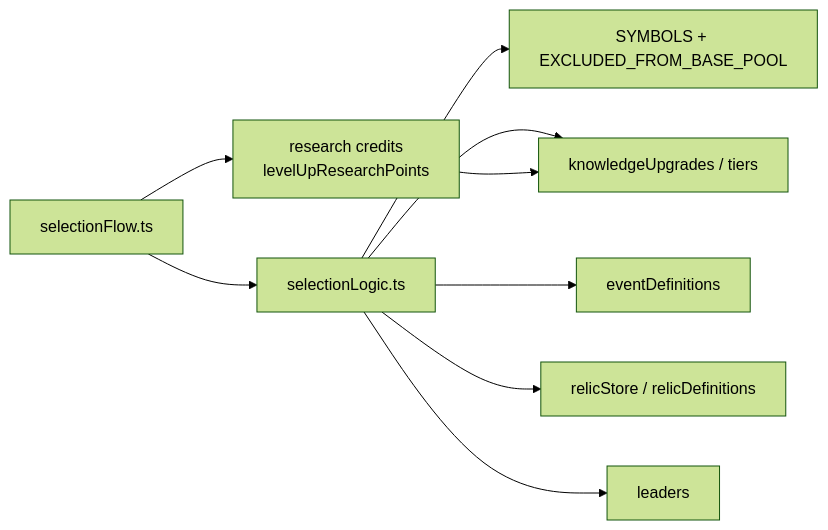
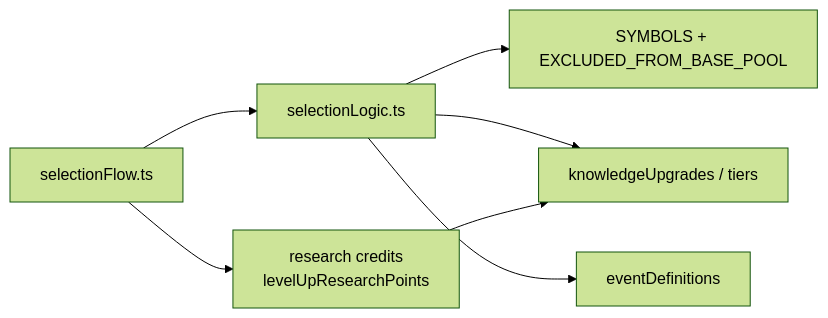
Before and after one commit to evian-christ/humankind: the sixth of 8 diagrams in CODEBASE_DIAGRAM.md, drawn with Mermaid (forest theme). The commit also changed other lines of this file and 8 other files, not shown here.

````diff
--- a/CODEBASE_DIAGRAM.md
+++ b/CODEBASE_DIAGRAM.md
@@ -294,19 +271,15 @@
 ```mermaid
 flowchart LR
     SelectionFlow["selectionFlow.ts"]
     SelectionLogic["selectionLogic.ts"]
     SymbolPool["SYMBOLS + EXCLUDED_FROM_BASE_POOL"]
     Upgrades["knowledgeUpgrades / tiers"]
     Events["eventDefinitions"]
-    Relics["relicStore / relicDefinitions"]
-    Leaders["leaders"]
 
     SelectionFlow --> SelectionLogic
     SelectionLogic --> SymbolPool
     SelectionLogic --> Upgrades
     SelectionLogic --> Events
-    SelectionLogic --> Relics
-    SelectionLogic --> Leaders
     SelectionFlow --> Research["research credits\nlevelUpResearchPoints"]
     Research --> Upgrades
 ```
````
